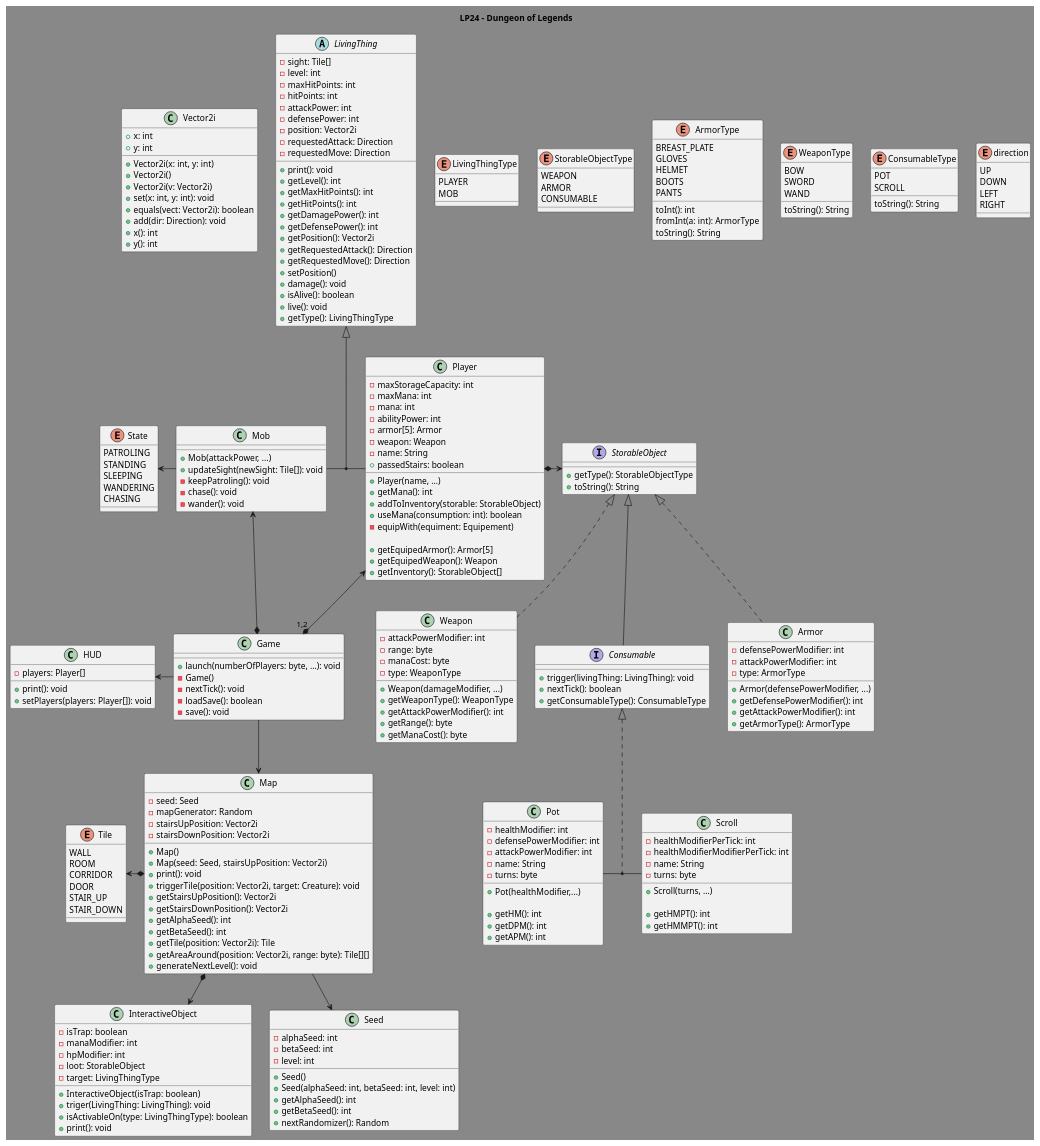
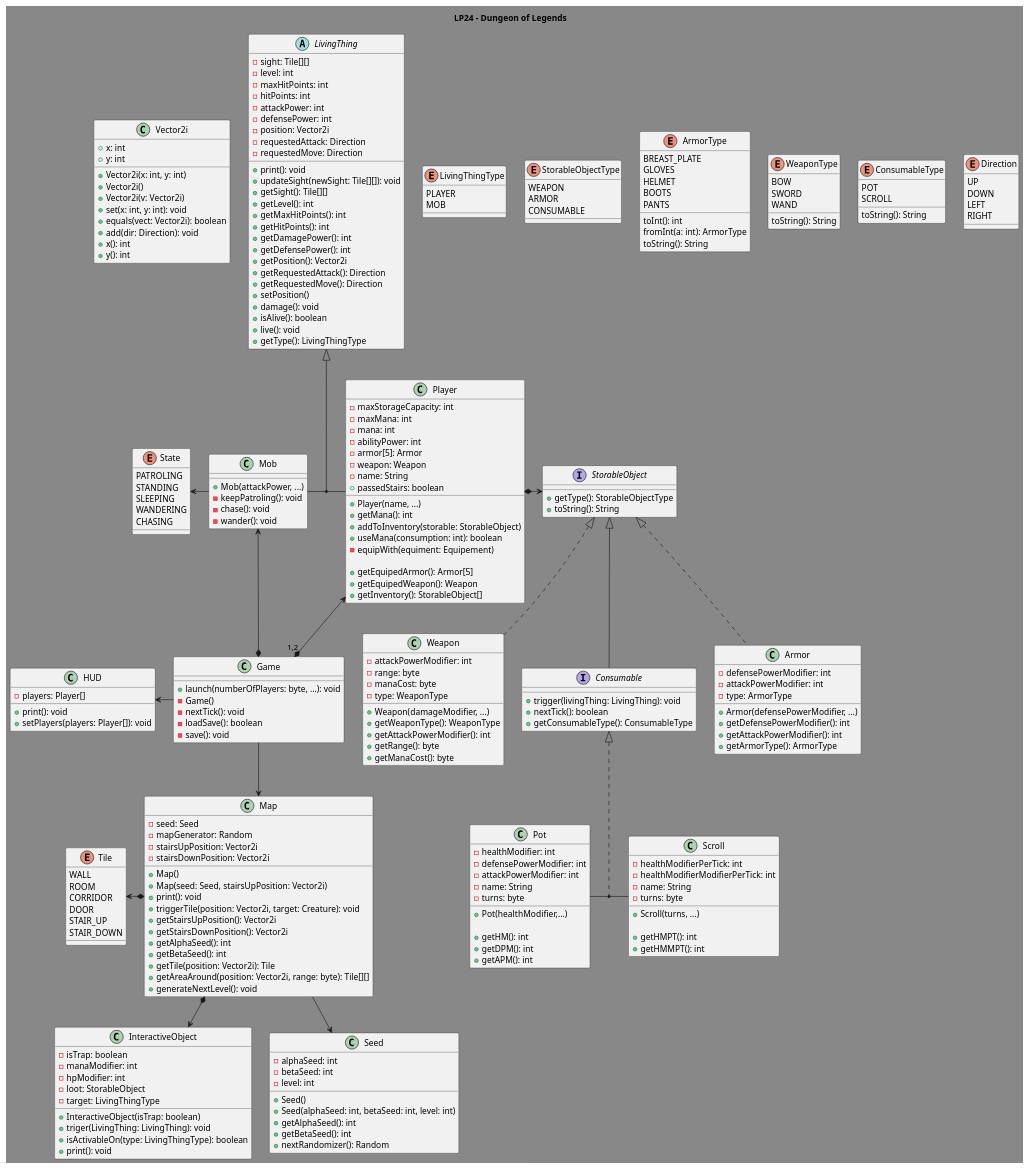
Before and after one commit to TiWinDeTea/Raoul-the-Game: the diagram in diagram.puml, drawn with PlantUML. The commit also changed 11 other files, not shown here.

```diff
--- a/diagram.puml
+++ b/diagram.puml
@@ -8,7 +8,7 @@
     backgroundcolor #888888
 }
 
-enum direction{
+enum Direction{
     UP
     DOWN
     LEFT
@@ -133,7 +133,7 @@
 Consumable <|.. (Pot, Scroll)
 
 abstract class LivingThing{
-    - sight: Tile[]
+    - sight: Tile[][]
     - level: int
     - maxHitPoints: int
     - hitPoints: int
@@ -143,6 +143,8 @@
     - requestedAttack: Direction
     - requestedMove: Direction
     + print(): void
+    + updateSight(newSight: Tile[][]): void
+    + getSight(): Tile[][]
     + getLevel(): int
     + getMaxHitPoints(): int
     + getHitPoints(): int
@@ -184,7 +186,6 @@
 
 class Mob{
     + Mob(attackPower, ...)
-    + updateSight(newSight: Tile[]): void
     - keepPatroling(): void
     - chase(): void
     - wander(): void
```
